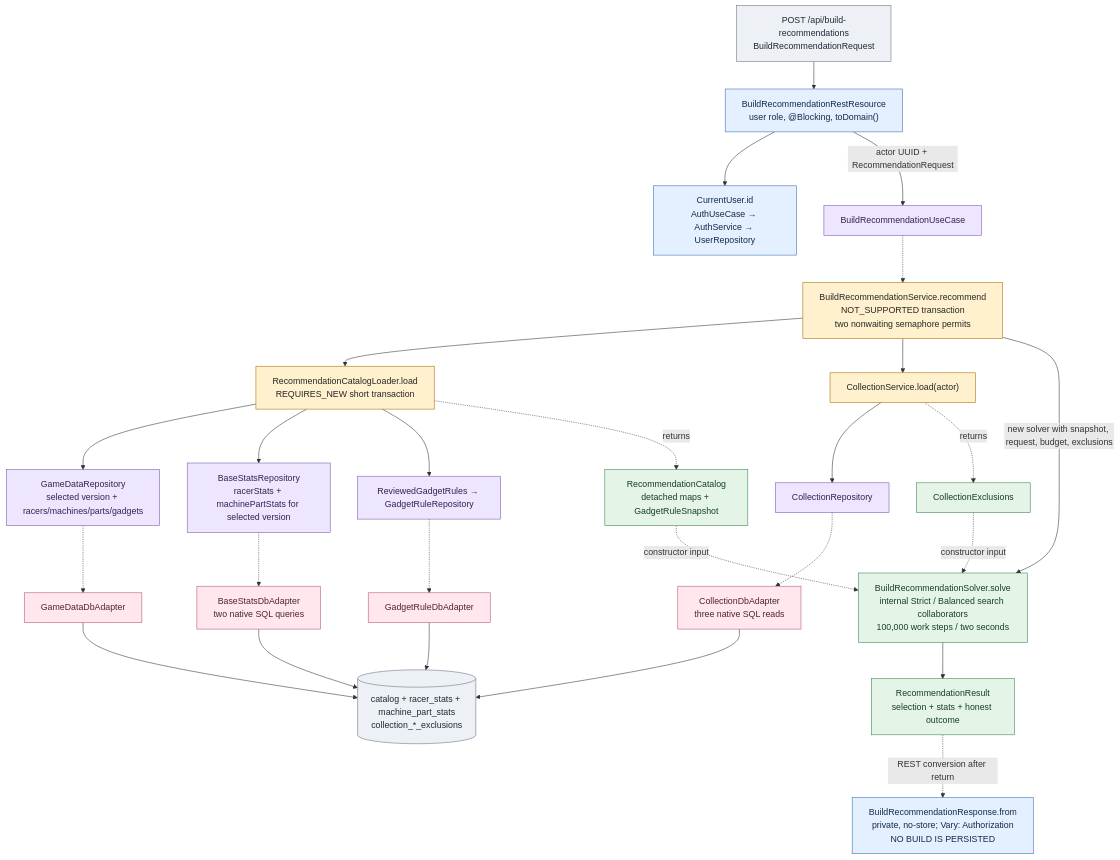
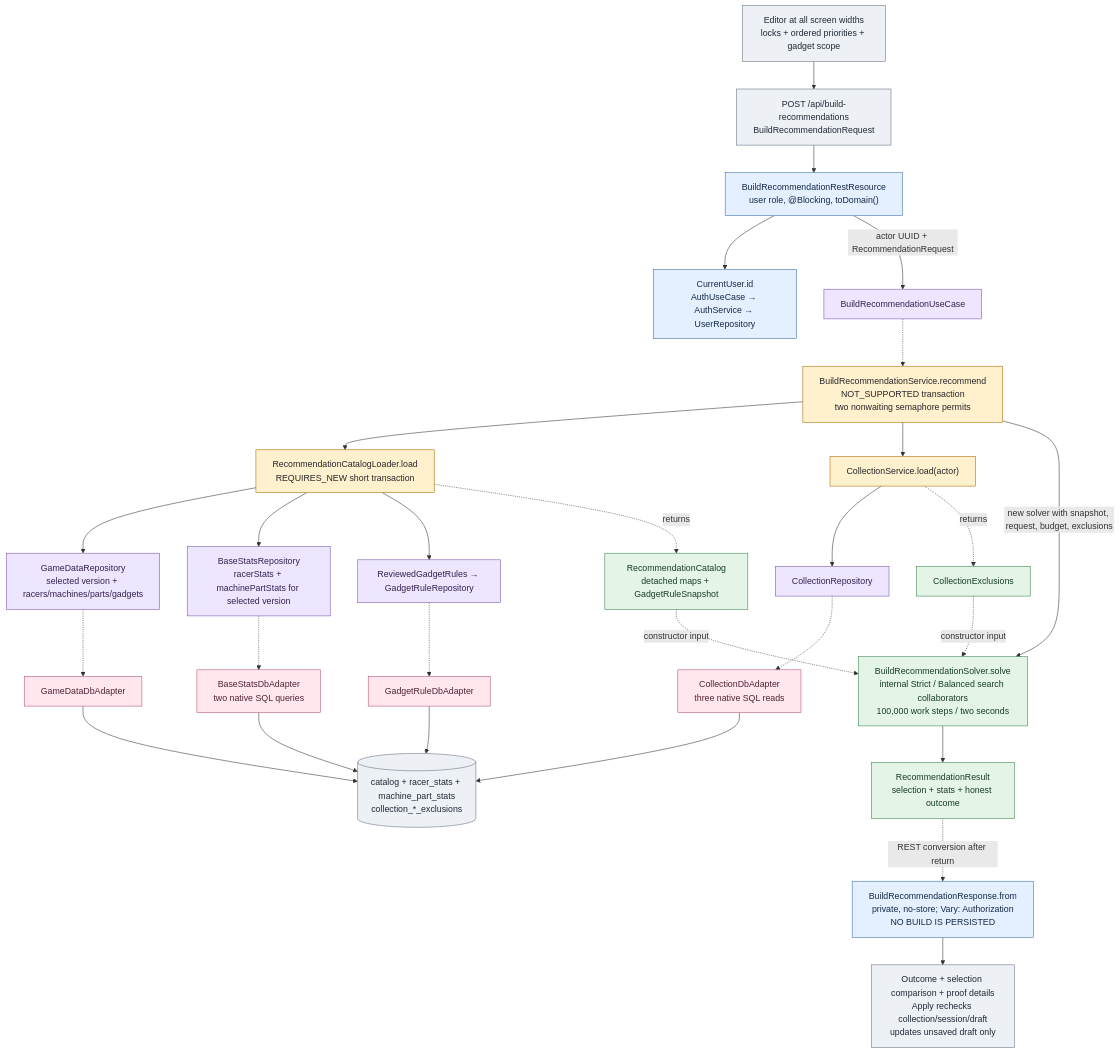
Before and after one commit to alexungu04genoff/RingLab: the tenth of 31 diagrams in docs/architecture-atlas.md, drawn with Mermaid. The commit also changed other lines of this file and 24 other files, not shown here.

````diff
--- a/docs/architecture-atlas.md
+++ b/docs/architecture-atlas.md
@@ -559,49 +559,52 @@
 ```mermaid
 flowchart TB
+  ui["Editor at all screen widths<br/>locks + ordered priorities + gadget scope"]:::outside
+  view["Outcome + selection comparison + proof details<br/>Apply rechecks collection/session/draft<br/>updates unsaved draft only"]:::outside
   h["POST /api/build-recommendations<br/>BuildRecommendationRequest"]:::outside
   r["BuildRecommendationRestResource<br/>user role, @Blocking, toDomain()"]:::rest
   actor["CurrentUser.id<br/>AuthUseCase → AuthService → UserRepository"]:::rest
   s["BuildRecommendationService.recommend<br/>NOT_SUPPORTED transaction<br/>two nonwaiting semaphore permits"]:::app
   loader["RecommendationCatalogLoader.load<br/>REQUIRES_NEW short transaction"]:::app
   col["CollectionService.load(actor)"]:::app
   gp["GameDataRepository<br/>selected version + racers/machines/parts/gadgets"]:::port
   sp["BaseStatsRepository<br/>racerStats + machinePartStats for selected version"]:::port
   cp["CollectionRepository"]:::port
   ga["GameDataDbAdapter"]:::adapter
   sa["BaseStatsDbAdapter<br/>two native SQL queries"]:::adapter
   ca["CollectionDbAdapter<br/>three native SQL reads"]:::adapter
   db[("catalog + racer_stats + machine_part_stats<br/>collection_*_exclusions")]:::outside
   cat["RecommendationCatalog<br/>detached maps + GadgetRuleSnapshot"]:::domain
   exc["CollectionExclusions"]:::domain
   solver["BuildRecommendationSolver.solve<br/>internal Strict / Balanced search collaborators<br/>100,000 work steps / two seconds"]:::domain
   result["RecommendationResult<br/>selection + stats + honest outcome"]:::domain
   response["BuildRecommendationResponse.from<br/>private, no-store; Vary: Authorization<br/>NO BUILD IS PERSISTED"]:::rest
-  h --> r
+  ui --> h --> r
   r --> actor
   r -->|"actor UUID + RecommendationRequest"| input["BuildRecommendationUseCase"]:::port
   input -.-> s
   s --> loader
   loader --> gp
   loader --> sp
   loader --> rules["ReviewedGadgetRules → GadgetRuleRepository"]:::port
   rules -.-> ruleAdapter["GadgetRuleDbAdapter"]:::adapter --> db
   gp -.-> ga
   sp -.-> sa
   ga --> db
   sa --> db
   loader -.->|"returns"| cat
   s --> col --> cp
   cp -.-> ca --> db
   col -.->|"returns"| exc
   s -->|"new solver with snapshot, request, budget, exclusions"| solver
   cat -.->|"constructor input"| solver
   exc -.->|"constructor input"| solver
   solver --> result
   result -.->|"REST conversion after return"| response
+  response --> view
   classDef rest fill:#e4efff,stroke:#356db4,color:#142b49
   classDef app fill:#fff0ce,stroke:#a96b00,color:#272727
   classDef domain fill:#e4f5e8,stroke:#37834c,color:#183d24
   classDef port fill:#eee6ff,stroke:#7954b1,color:#35214f
   classDef adapter fill:#ffe7ed,stroke:#b45370,color:#502333
   classDef outside fill:#edf0f4,stroke:#657184,color:#202938
 ```
````
